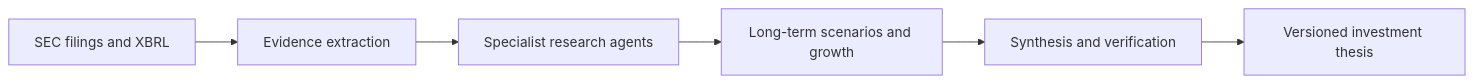
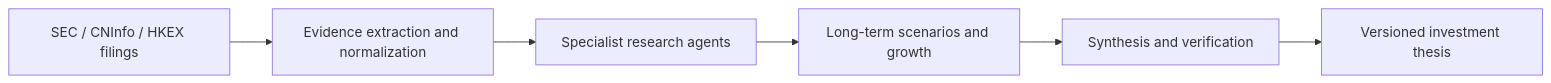
One commit to zjy1346/OpenThesis changed the diagram in README.md. Above: the diagram before and after it, drawn with Mermaid. The commit also changed other lines of this file and 54 other files, not shown here.

````diff
--- a/README.md
+++ b/README.md
@@ -54,8 +54,8 @@
 ```mermaid
 flowchart LR
-    A["SEC filings and XBRL"] --> B["Evidence extraction"]
+    A["SEC / CNInfo / HKEX filings"] --> B["Evidence extraction and normalization"]
     B --> C["Specialist research agents"]
     C --> D["Long-term scenarios and growth"]
     D --> E["Synthesis and verification"]
     E --> F["Versioned investment thesis"]
 ```
````
